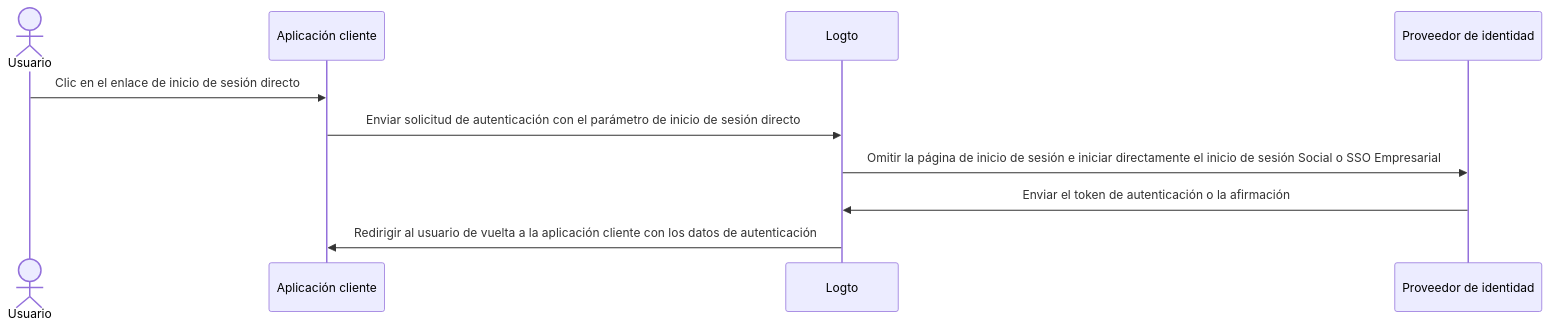
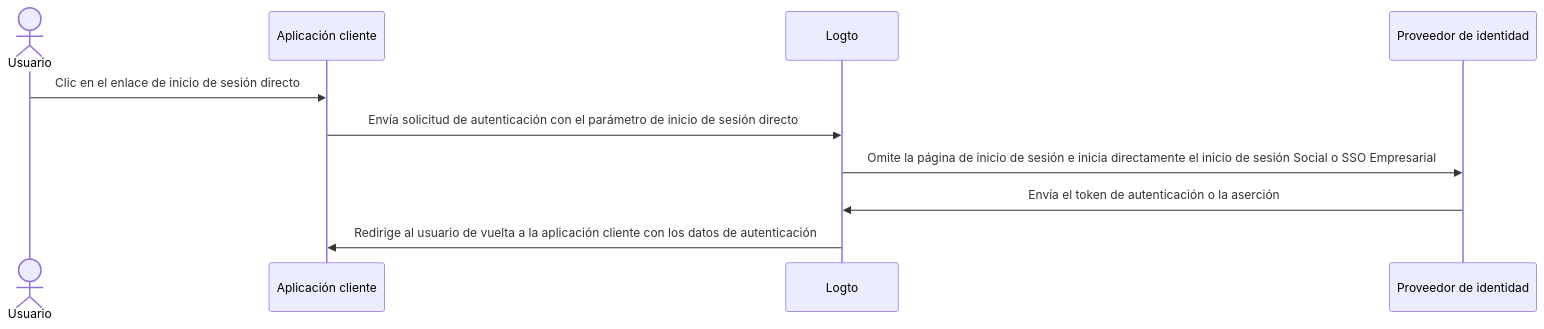
Before and after one commit to logto-io/docs: the diagram in i18n/es/docusaurus-plugin-content-docs/current/end-user-flows/authentication-parameters/direct-sign-in.mdx, drawn with Mermaid. The commit also changed other lines of this file and 2629 other files, not shown here.

````diff
--- a/i18n/es/docusaurus-plugin-content-docs/current/end-user-flows/authentication-parameters/direct-sign-in.mdx
+++ b/i18n/es/docusaurus-plugin-content-docs/current/end-user-flows/authentication-parameters/direct-sign-in.mdx
@@ -11,13 +14,13 @@
 ```mermaid
 sequenceDiagram
     actor user as Usuario
     participant app as Aplicación cliente
     participant logto as Logto
     participant idp as Proveedor de identidad
 
     user->>app: Clic en el enlace de inicio de sesión directo
-    app->>logto: Enviar solicitud de autenticación con el parámetro de inicio de sesión directo
-    logto->>idp: Omitir la página de inicio de sesión e iniciar directamente el inicio de sesión Social o SSO Empresarial
-    idp->>logto: Enviar el token de autenticación o la afirmación
-    logto->>app: Redirigir al usuario de vuelta a la aplicación cliente con los datos de autenticación
+    app->>logto: Envía solicitud de autenticación con el parámetro de inicio de sesión directo
+    logto->>idp: Omite la página de inicio de sesión e inicia directamente el inicio de sesión Social o SSO Empresarial
+    idp->>logto: Envía el token de autenticación o la aserción
+    logto->>app: Redirige al usuario de vuelta a la aplicación cliente con los datos de autenticación
 ```
````
